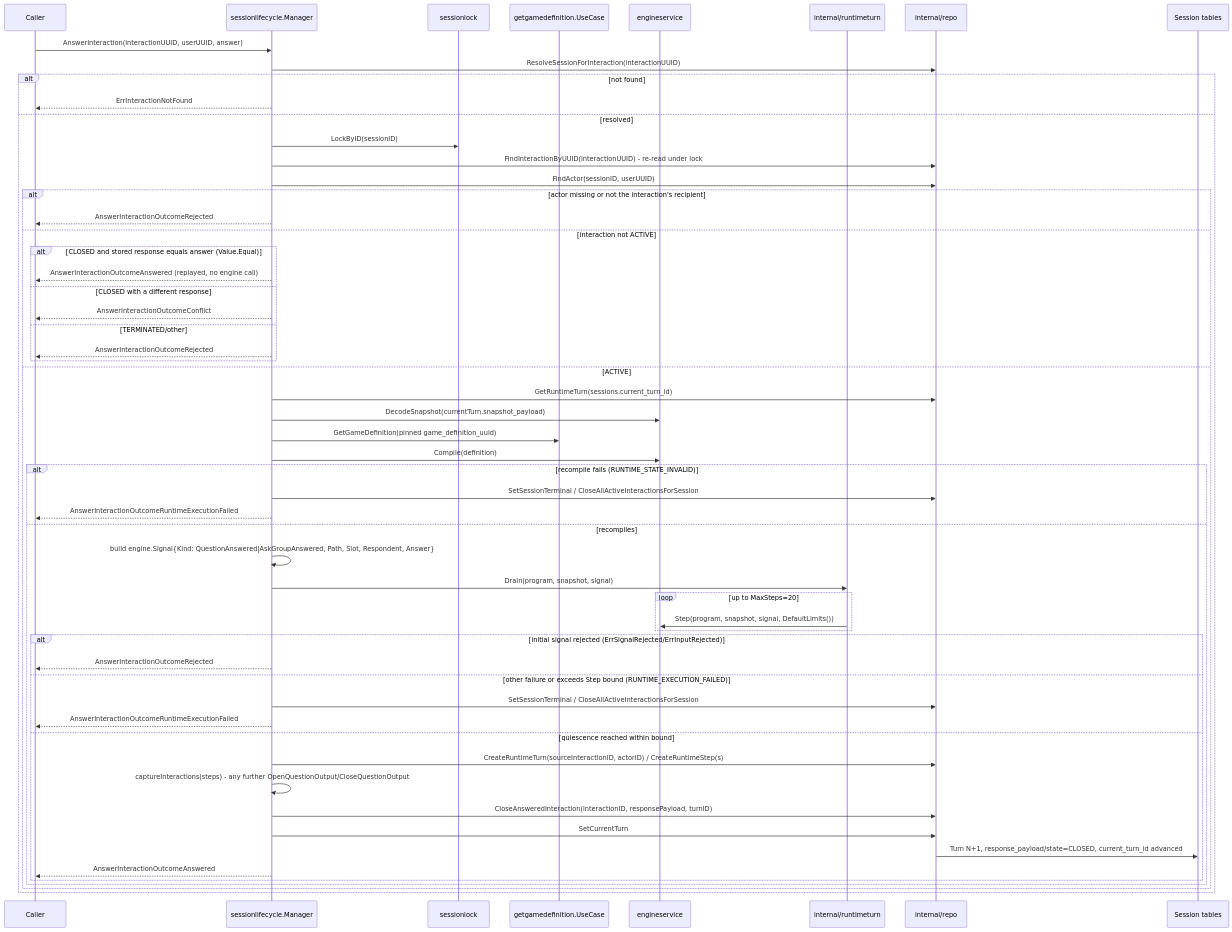
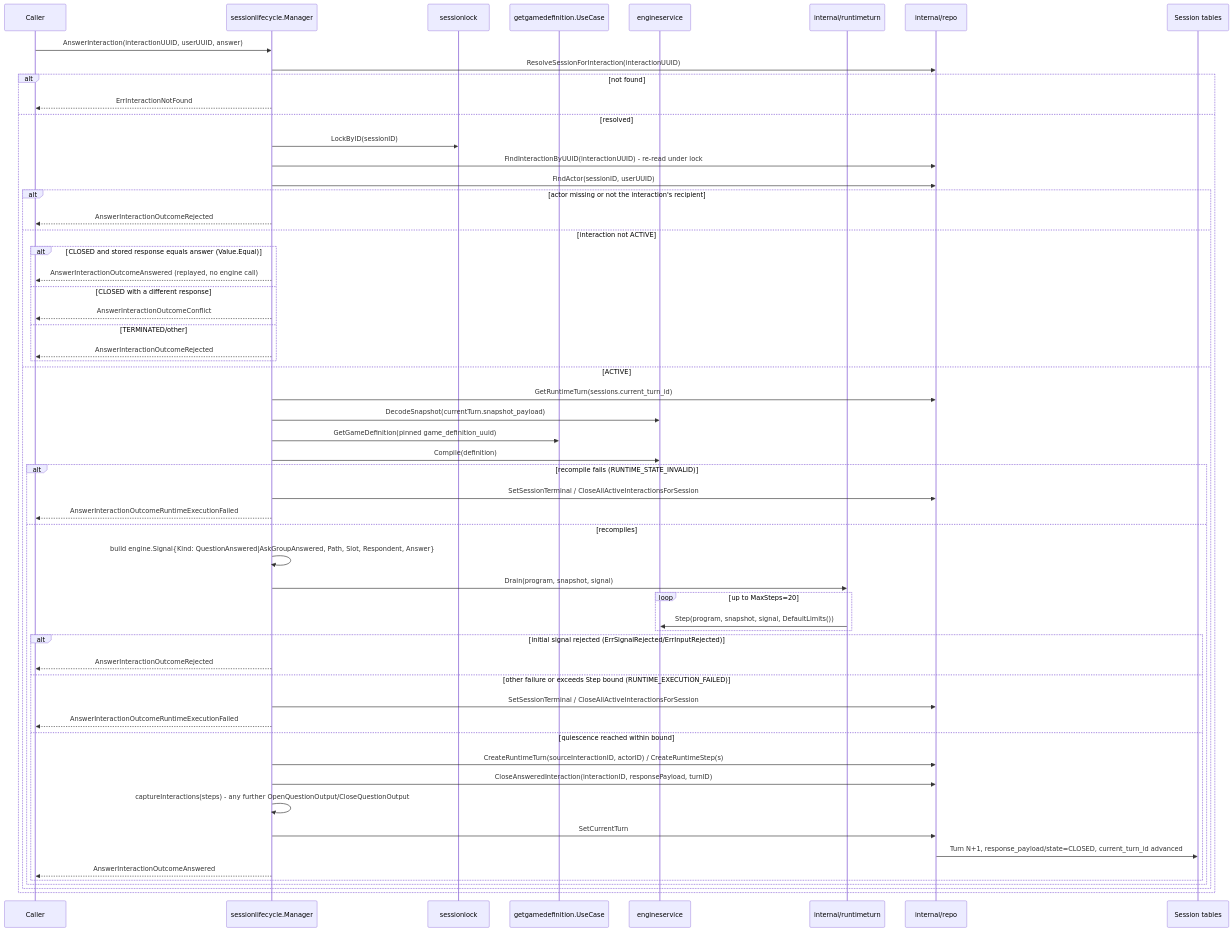
Before and after one commit to diegobermudez03/playhoot: the fourth of 4 diagrams in game/docs/FLOWS.md, drawn with Mermaid. The commit also changed other lines of this file and 9 other files, not shown here.

````diff
--- a/game/docs/FLOWS.md
+++ b/game/docs/FLOWS.md
@@ -154,60 +154,60 @@
 ```mermaid
 sequenceDiagram
     participant Caller
     participant Mgr as sessionlifecycle.Manager
     participant Lock as sessionlock
     participant GetDef as getgamedefinition.UseCase
     participant Engine as engineservice
     participant Drain as internal/runtimeturn
     participant Repo as internal/repo
     participant DB as Session tables
 
     Caller->>Mgr: AnswerInteraction(interactionUUID, userUUID, answer)
     Mgr->>Repo: ResolveSessionForInteraction(interactionUUID)
     alt not found
         Mgr-->>Caller: ErrInteractionNotFound
     else resolved
         Mgr->>Lock: LockByID(sessionID)
         Mgr->>Repo: FindInteractionByUUID(interactionUUID) - re-read under lock
         Mgr->>Repo: FindActor(sessionID, userUUID)
         alt actor missing or not the interaction's recipient
             Mgr-->>Caller: AnswerInteractionOutcomeRejected
         else interaction not ACTIVE
             alt CLOSED and stored response equals answer (Value.Equal)
                 Mgr-->>Caller: AnswerInteractionOutcomeAnswered (replayed, no engine call)
             else CLOSED with a different response
                 Mgr-->>Caller: AnswerInteractionOutcomeConflict
             else TERMINATED/other
                 Mgr-->>Caller: AnswerInteractionOutcomeRejected
             end
         else ACTIVE
             Mgr->>Repo: GetRuntimeTurn(sessions.current_turn_id)
             Mgr->>Engine: DecodeSnapshot(currentTurn.snapshot_payload)
             Mgr->>GetDef: GetGameDefinition(pinned game_definition_uuid)
             Mgr->>Engine: Compile(definition)
             alt recompile fails (RUNTIME_STATE_INVALID)
                 Mgr->>Repo: SetSessionTerminal / CloseAllActiveInteractionsForSession
                 Mgr-->>Caller: AnswerInteractionOutcomeRuntimeExecutionFailed
             else recompiles
                 Mgr->>Mgr: build engine.Signal{Kind: QuestionAnswered|AskGroupAnswered, Path, Slot, Respondent, Answer}
                 Mgr->>Drain: Drain(program, snapshot, signal)
                 loop up to MaxSteps=20
                     Drain->>Engine: Step(program, snapshot, signal, DefaultLimits())
                 end
                 alt initial signal rejected (ErrSignalRejected/ErrInputRejected)
                     Mgr-->>Caller: AnswerInteractionOutcomeRejected
                 else other failure or exceeds Step bound (RUNTIME_EXECUTION_FAILED)
                     Mgr->>Repo: SetSessionTerminal / CloseAllActiveInteractionsForSession
                     Mgr-->>Caller: AnswerInteractionOutcomeRuntimeExecutionFailed
                 else quiescence reached within bound
                     Mgr->>Repo: CreateRuntimeTurn(sourceInteractionID, actorID) / CreateRuntimeStep(s)
+                    Mgr->>Repo: CloseAnsweredInteraction(interactionID, responsePayload, turnID)
                     Mgr->>Mgr: captureInteractions(steps) - any further OpenQuestionOutput/CloseQuestionOutput
-                    Mgr->>Repo: CloseAnsweredInteraction(interactionID, responsePayload, turnID)
                     Mgr->>Repo: SetCurrentTurn
                     Repo->>DB: Turn N+1, response_payload/state=CLOSED, current_turn_id advanced
                     Mgr-->>Caller: AnswerInteractionOutcomeAnswered
                 end
             end
         end
     end
 ```
````
